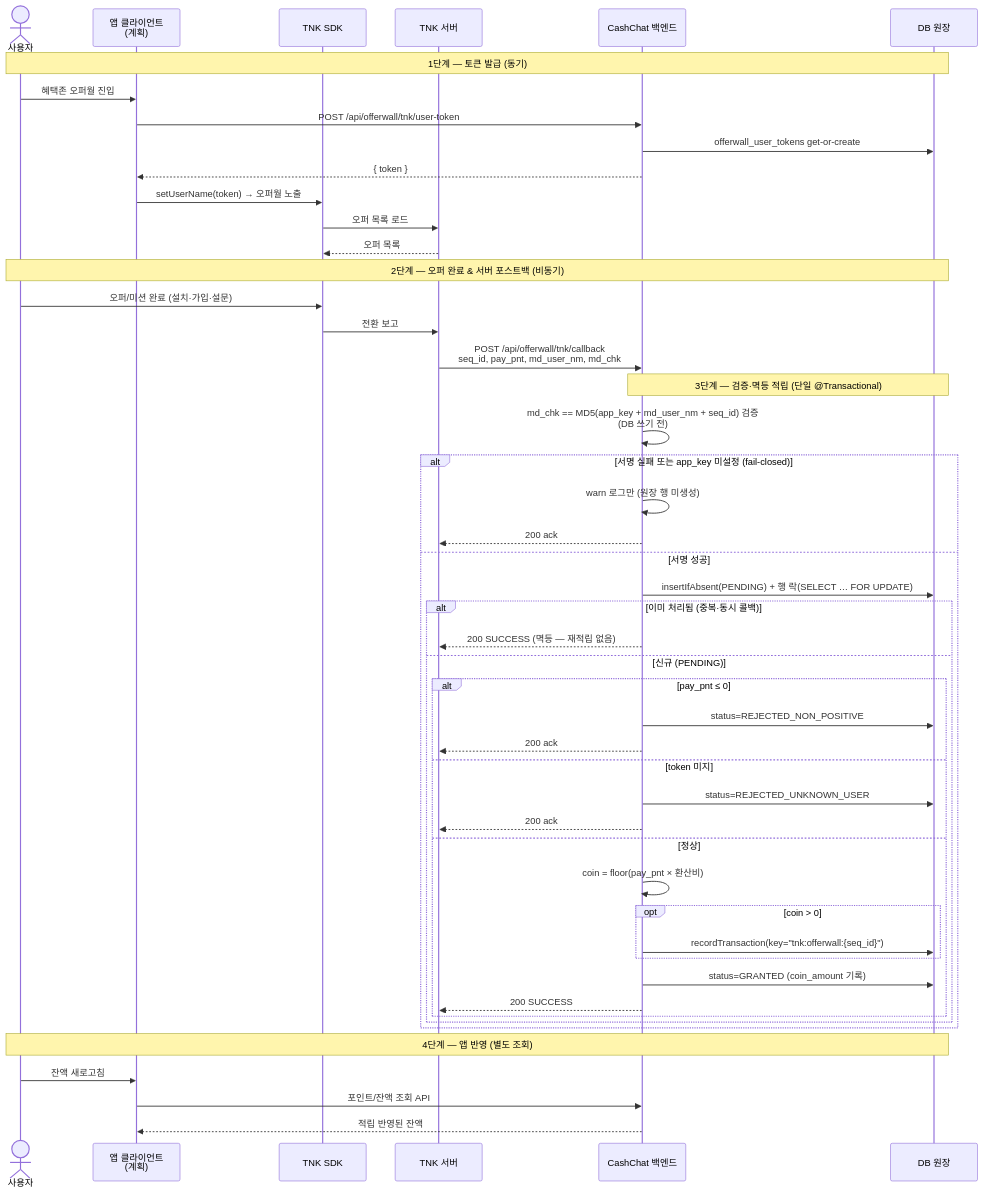
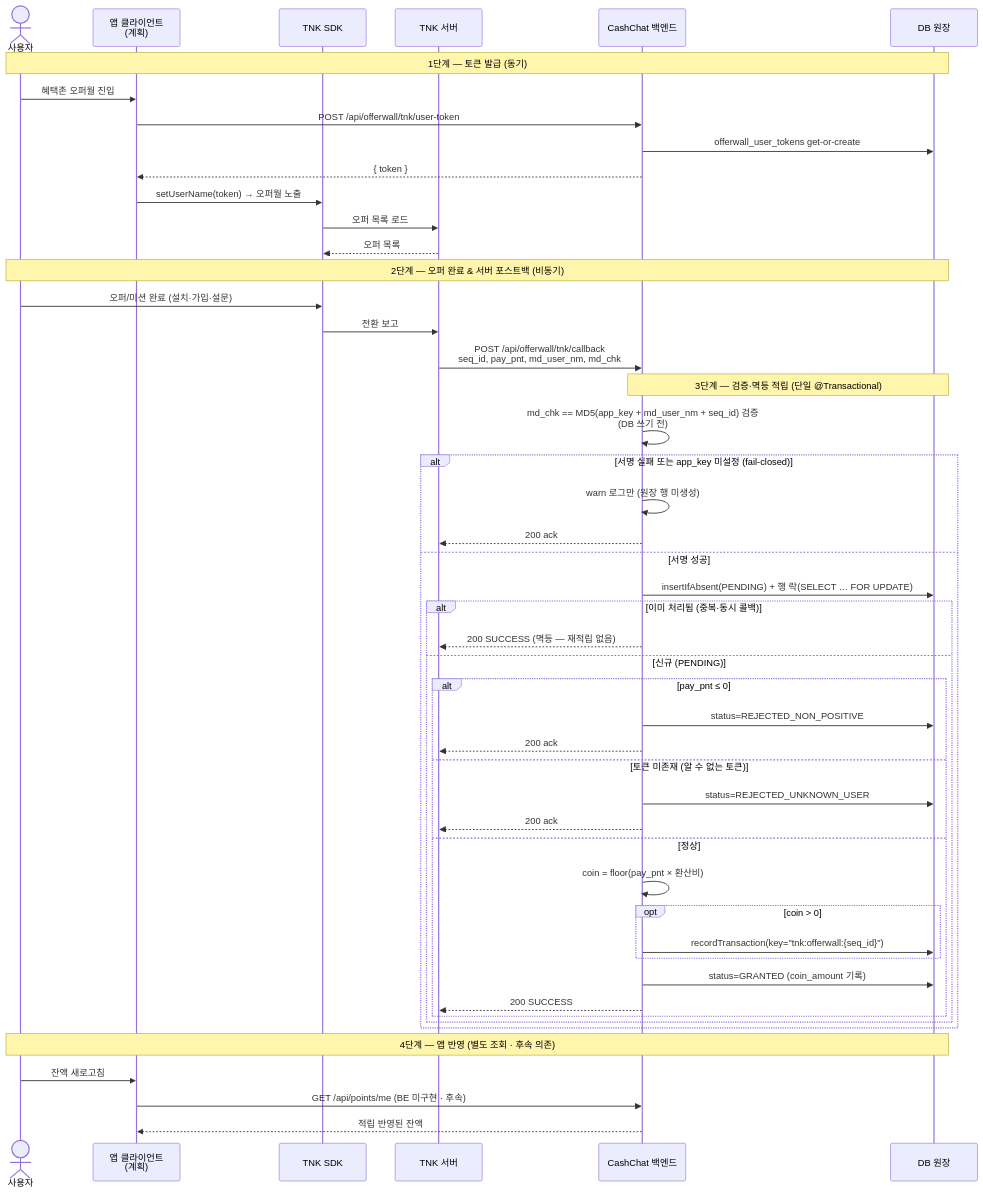
Before and after one commit to cash-chat-mvp/cash-chat-mvp: the second of 2 diagrams in docs/features/offerwall/architecture.md, drawn with Mermaid. The commit also changed other lines of this file, not shown here.

Commit message:
docs: 리뷰 반영 — 잔액 조회 API 후속 의존성 명시·표현 개선·락 근거 보강
- 4단계 '앱 반영'을 GET /api/points/me 미구현에 의존하는 후속으로 표기 (Codex)
- 시퀀스 'token 미지' → '토큰 미존재(알 수 없는 토큰)' (Gemini)
- insertIfAbsent가 no-op이라 행 락이 필요한 이유를 보안 절에 보강 (Gemini 오해 방지)
- 범위 외에 잔액 조회 API 의존성 추가

````diff
--- a/docs/features/offerwall/architecture.md
+++ b/docs/features/offerwall/architecture.md
@@ -76,55 +76,55 @@
 ```mermaid
 sequenceDiagram
     actor User as 사용자
     participant FE as 앱 클라이언트<br/>(계획)
     participant SDK as TNK SDK
     participant TNK as TNK 서버
     participant API as CashChat 백엔드
     participant DB as DB 원장
 
     Note over User,DB: 1단계 — 토큰 발급 (동기)
     User->>FE: 혜택존 오퍼월 진입
     FE->>API: POST /api/offerwall/tnk/user-token
     API->>DB: offerwall_user_tokens get-or-create
     API-->>FE: { token }
     FE->>SDK: setUserName(token) → 오퍼월 노출
     SDK->>TNK: 오퍼 목록 로드
     TNK-->>SDK: 오퍼 목록
 
     Note over User,DB: 2단계 — 오퍼 완료 & 서버 포스트백 (비동기)
     User->>SDK: 오퍼/미션 완료 (설치·가입·설문)
     SDK->>TNK: 전환 보고
     TNK->>API: POST /api/offerwall/tnk/callback<br/>seq_id, pay_pnt, md_user_nm, md_chk
 
     Note over API,DB: 3단계 — 검증·멱등 적립 (단일 @Transactional)
     API->>API: md_chk == MD5(app_key + md_user_nm + seq_id) 검증<br/>(DB 쓰기 전)
     alt 서명 실패 또는 app_key 미설정 (fail-closed)
         API->>API: warn 로그만 (원장 행 미생성)
         API-->>TNK: 200 ack
     else 서명 성공
         API->>DB: insertIfAbsent(PENDING) + 행 락(SELECT … FOR UPDATE)
         alt 이미 처리됨 (중복·동시 콜백)
             API-->>TNK: 200 SUCCESS (멱등 — 재적립 없음)
         else 신규 (PENDING)
             alt pay_pnt ≤ 0
                 API->>DB: status=REJECTED_NON_POSITIVE
                 API-->>TNK: 200 ack
-            else token 미지
+            else 토큰 미존재 (알 수 없는 토큰)
                 API->>DB: status=REJECTED_UNKNOWN_USER
                 API-->>TNK: 200 ack
             else 정상
                 API->>API: coin = floor(pay_pnt × 환산비)
                 opt coin > 0
                     API->>DB: recordTransaction(key="tnk:offerwall:{seq_id}")
                 end
                 API->>DB: status=GRANTED (coin_amount 기록)
                 API-->>TNK: 200 SUCCESS
             end
         end
     end
 
-    Note over User,DB: 4단계 — 앱 반영 (별도 조회)
+    Note over User,DB: 4단계 — 앱 반영 (별도 조회 · 후속 의존)
     User->>FE: 잔액 새로고침
-    FE->>API: 포인트/잔액 조회 API
+    FE->>API: GET /api/points/me (BE 미구현 · 후속)
     API-->>FE: 적립 반영된 잔액
 ```
````
